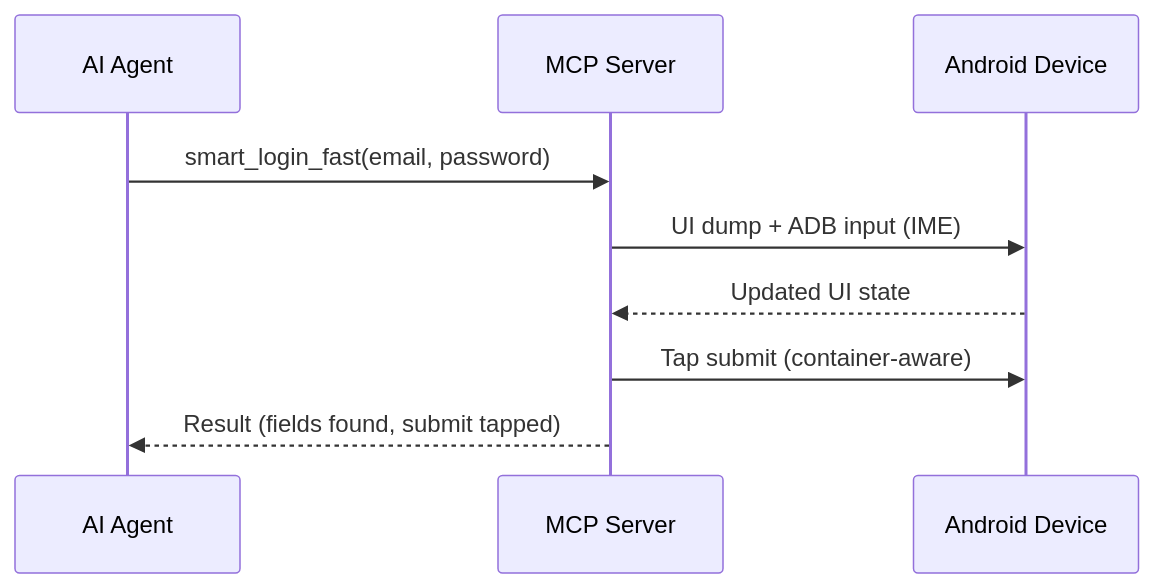
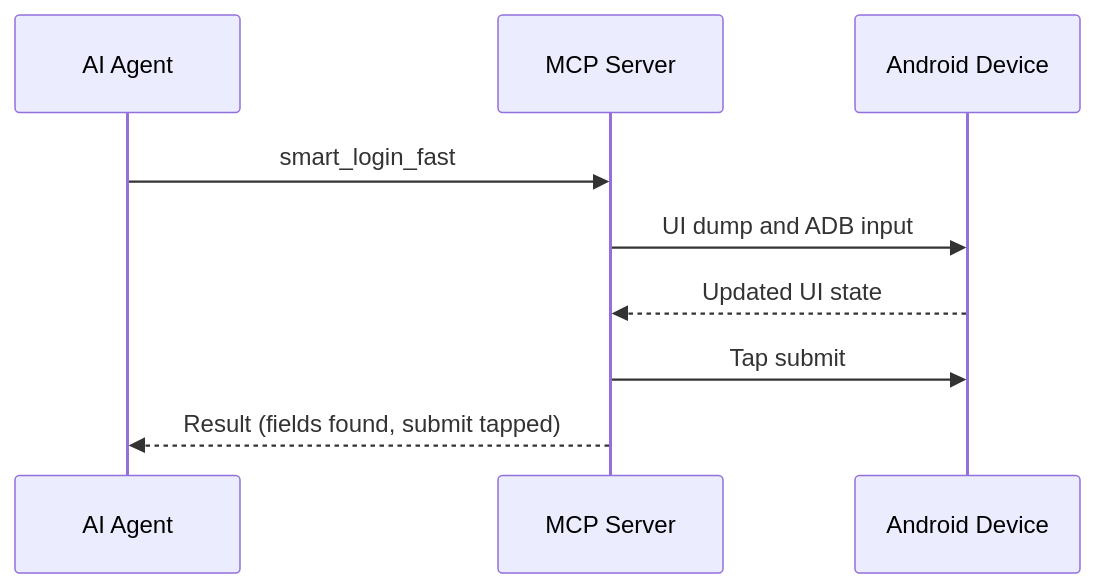
The second of 2 diagrams in README.md (meinzeug/the-android-mcp), drawn with Mermaid before and after one commit. The commit also changed other lines of this file, not shown here.

Commit message:
docs: fix mermaid rendering

````diff
--- a/README.md
+++ b/README.md
@@ -29,11 +29,11 @@
 ```mermaid
 sequenceDiagram
   participant A as AI Agent
   participant M as MCP Server
   participant D as Android Device
-  A->>M: smart_login_fast(email, password)
-  M->>D: UI dump + ADB input (IME)
+  A->>M: smart_login_fast
+  M->>D: UI dump and ADB input
   D-->>M: Updated UI state
-  M->>D: Tap submit (container-aware)
+  M->>D: Tap submit
   M-->>A: Result (fields found, submit tapped)
 ```
````
